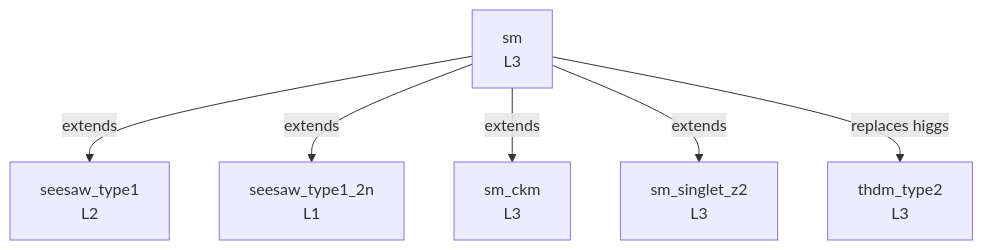
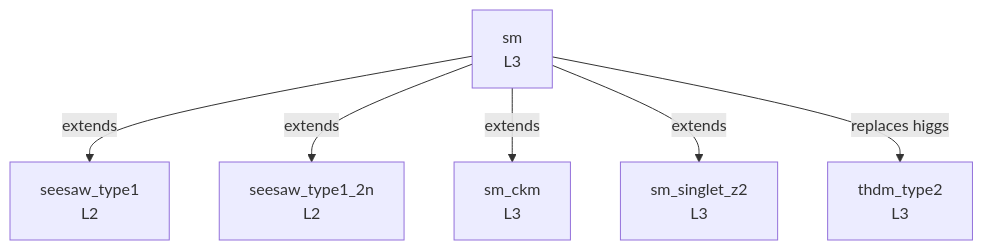
The diagram in GENEALOGY.md (moiseszeleny/feynlag-models), drawn with Mermaid before and after one commit. The commit also changed other lines of this file and 5 other files, not shown here.

First line of the commit message:
Claim L2 for seesaw_type1_2n: couplings and the two-nu_R Casas-Ibarra form

````diff
--- a/GENEALOGY.md
+++ b/GENEALOGY.md
@@ -5,14 +5,14 @@
 ```mermaid
 graph TD
     seesaw_type1["seesaw_type1<br/>L2"]
-    seesaw_type1_2n["seesaw_type1_2n<br/>L1"]
+    seesaw_type1_2n["seesaw_type1_2n<br/>L2"]
     sm["sm<br/>L3"]
     sm_ckm["sm_ckm<br/>L3"]
     sm_singlet_z2["sm_singlet_z2<br/>L3"]
     thdm_type2["thdm_type2<br/>L3"]
     sm -->|extends| seesaw_type1
     sm -->|extends| seesaw_type1_2n
     sm -->|extends| sm_ckm
     sm -->|extends| sm_singlet_z2
     sm -->|replaces higgs| thdm_type2
 ```
````
